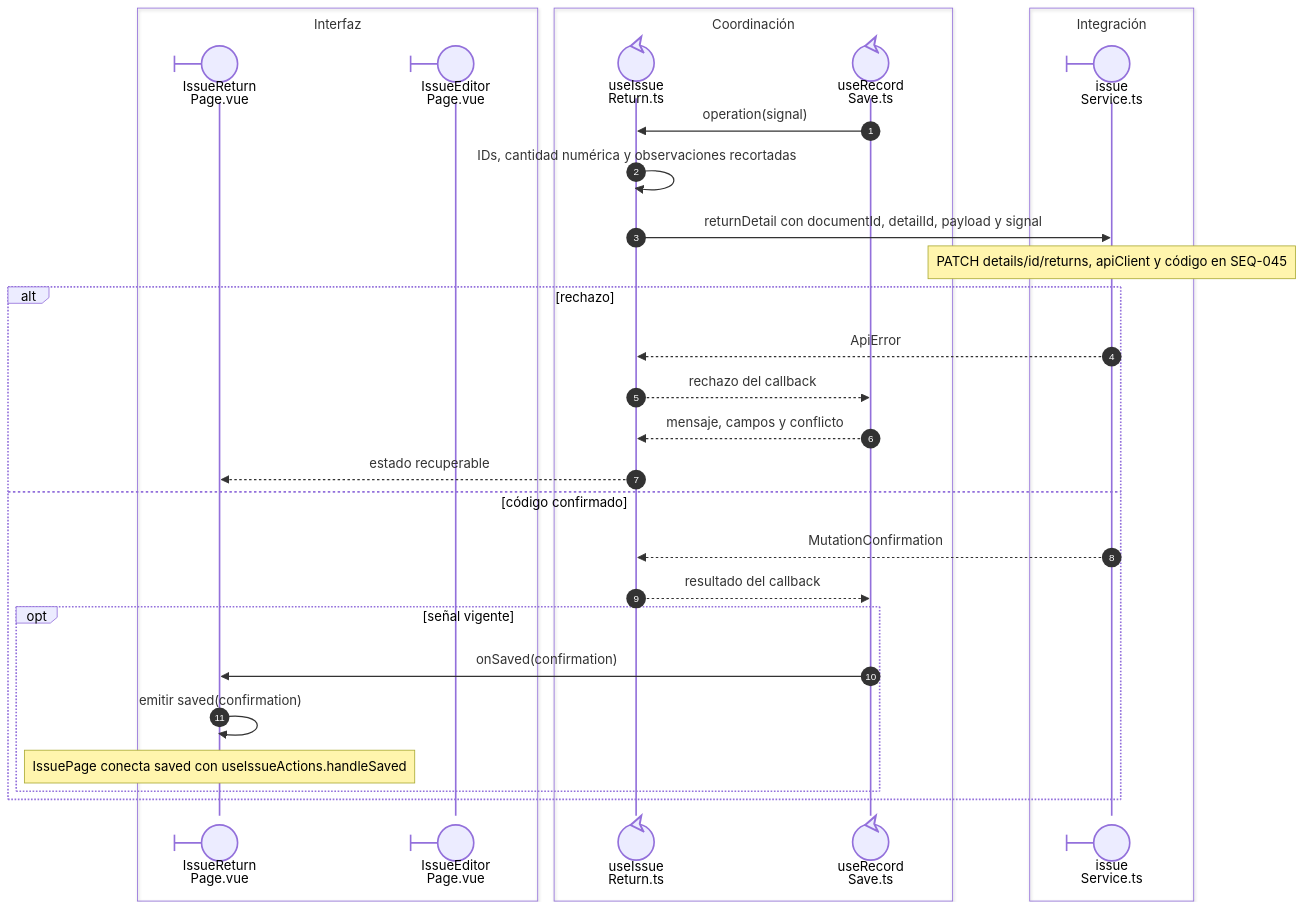
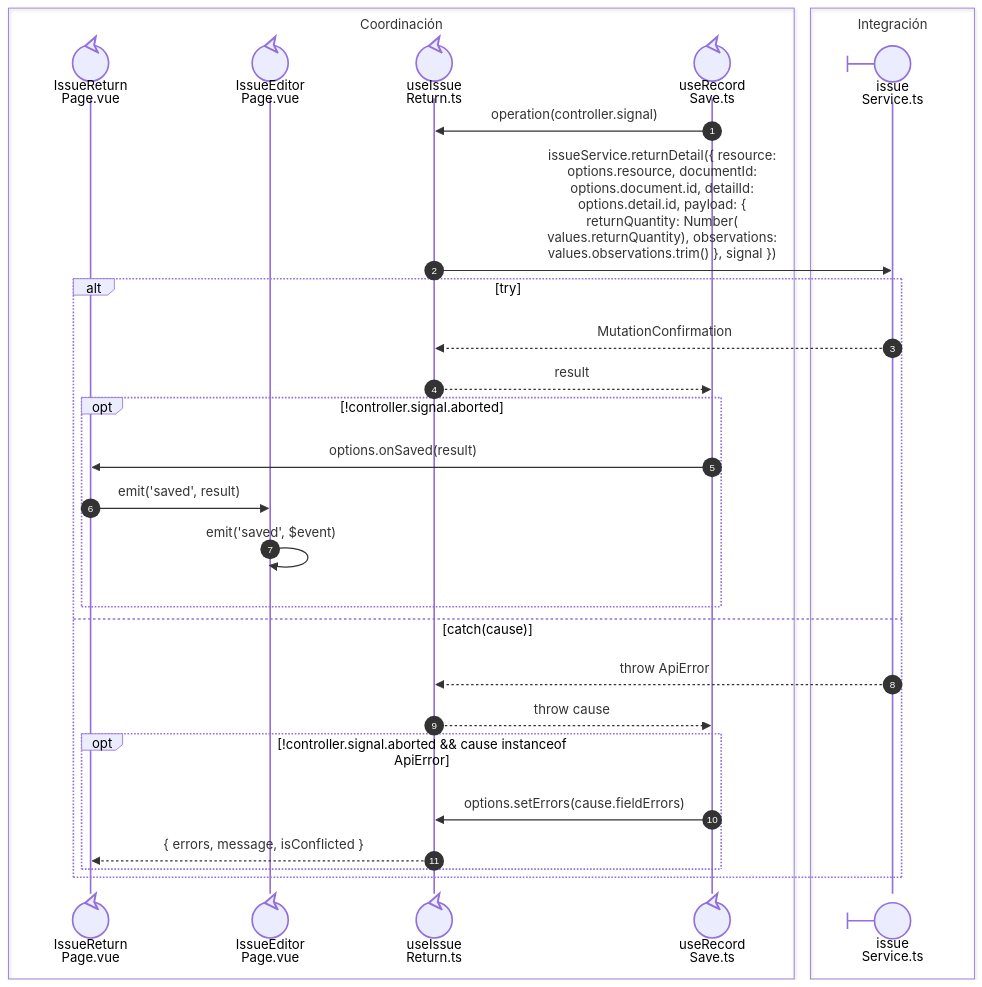
The second of 2 diagrams in front/docs/architecture/views/processes/07-issues/03-issue-return.md (gpgsistemas01/nexus), drawn with Mermaid before and after one commit. The commit also changed other lines of this file and 43 other files, not shown here.

Commit message:
docs: reflejar código y roles en secuencias Vue

````diff
--- a/front/docs/architecture/views/processes/07-issues/03-issue-return.md
+++ b/front/docs/architecture/views/processes/07-issues/03-issue-return.md
@@ -50,33 +40,31 @@
 ```mermaid
 sequenceDiagram
     autonumber
-    box Interfaz
-    participant Page@{ "type": "boundary" } as IssueReturn<br/>Page.vue
-    participant Parent@{ "type": "boundary" } as IssueEditor<br/>Page.vue
-    end
     box Coordinación
+    participant Page@{ "type": "control" } as IssueReturn<br/>Page.vue
+    participant Parent@{ "type": "control" } as IssueEditor<br/>Page.vue
     participant Return@{ "type": "control" } as useIssue<br/>Return.ts
     participant Save@{ "type": "control" } as useRecord<br/>Save.ts
     end
     box Integración
     participant Service@{ "type": "boundary" } as issue<br/>Service.ts
     end
-    Save->>Return: operation(signal)
-    Return->>Return: IDs, cantidad numérica y observaciones recortadas
-    Return->>Service: returnDetail con documentId, detailId, payload y signal
-    Note over Service: PATCH details/id/returns, apiClient y código en SEQ-045
-    alt rechazo
-        Service-->>Return: ApiError
-        Return-->>Save: rechazo del callback
-        Save-->>Return: mensaje, campos y conflicto
-        Return-->>Page: estado recuperable
-    else código confirmado
-        Service-->>Return: MutationConfirmation
-        Return-->>Save: resultado del callback
-        opt señal vigente
-            Save->>Page: onSaved(confirmation)
-            Page->>Page: emitir saved(confirmation)
-            Note over Page: IssuePage conecta saved con useIssueActions.handleSaved
+    Save->>Return: nowrap: operation(controller.signal)
+    Return->>Service: nowrap: issueService.returnDetail({ resource:<br/>options.resource, documentId:<br/>options.document.id, detailId:<br/>options.detail.id, payload: {<br/>returnQuantity: Number(<br/>values.returnQuantity), observations:<br/>values.observations.trim() }, signal })
+    alt nowrap: try
+        Service-->>Return: nowrap: MutationConfirmation
+        Return-->>Save: nowrap: result
+        opt nowrap: !controller.signal.aborted
+            Save->>Page: nowrap: options.onSaved(result)
+            Page->>Parent: nowrap: emit('saved', result)
+            Parent->>Parent: nowrap: emit('saved', $event)
+        end
+    else nowrap: catch(cause)
+        Service-->>Return: nowrap: throw ApiError
+        Return-->>Save: nowrap: throw cause
+        opt nowrap: !controller.signal.aborted && cause instanceof<br/>ApiError
+            Save->>Return: nowrap: options.setErrors(cause.fieldErrors)
+            Return-->>Page: nowrap: { errors, message, isConflicted }
         end
     end
 ```
````
